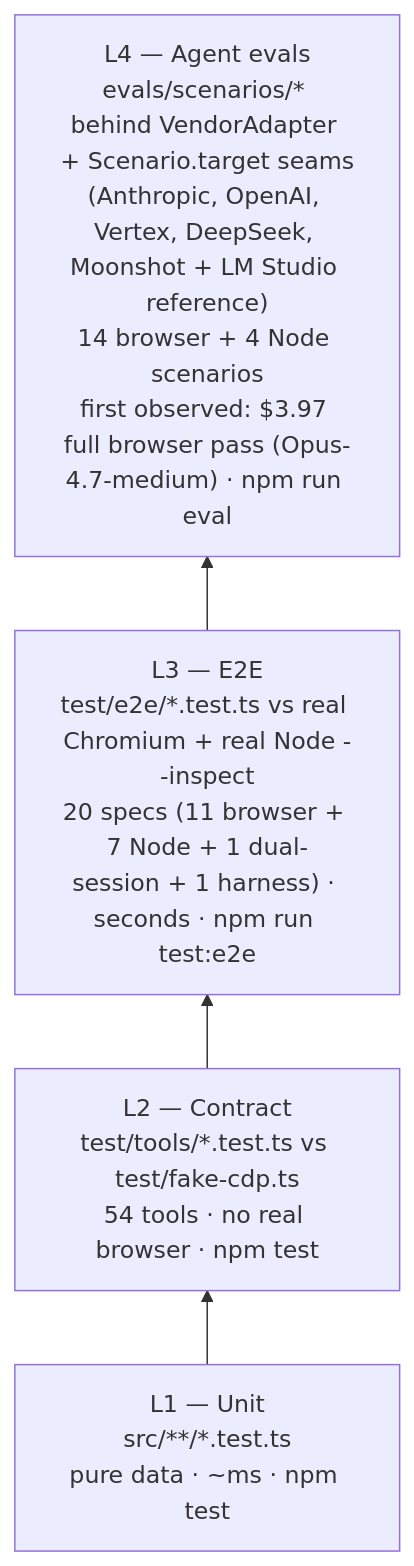
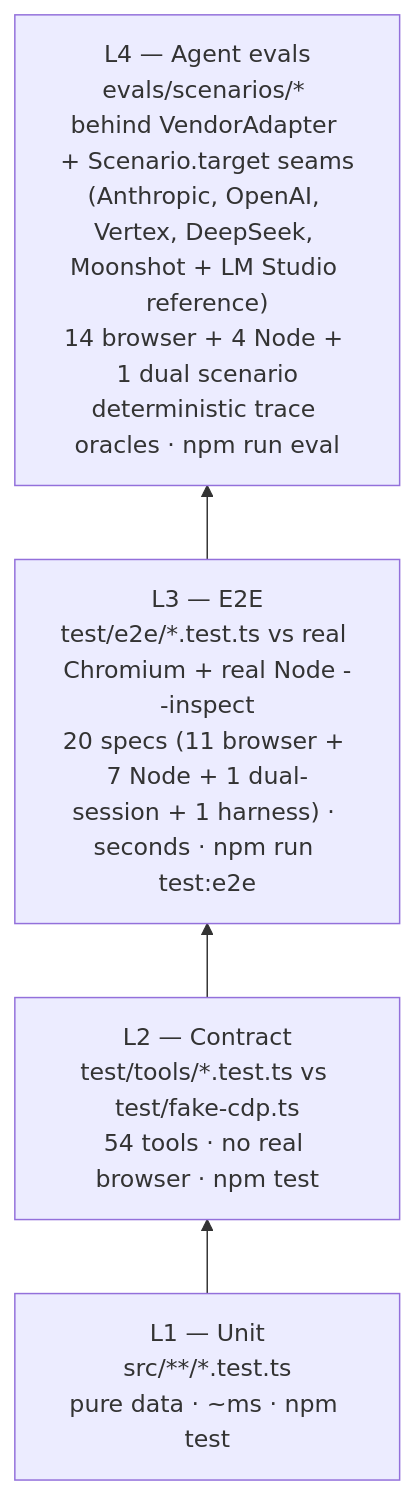
The sixth of 6 diagrams in docs/ARCHITECTURE.md (lcjanke2020/lynceus), drawn with Mermaid before and after one commit. The commit also changed other lines of this file and 20 other files, not shown here.

````diff
--- a/docs/ARCHITECTURE.md
+++ b/docs/ARCHITECTURE.md
@@ -169,8 +201,8 @@
 ```mermaid
 flowchart BT
     L1["L1 — Unit<br/>src/**/*.test.ts<br/>pure data · ~ms · npm test"]
     L2["L2 — Contract<br/>test/tools/*.test.ts vs test/fake-cdp.ts<br/>54 tools · no real browser · npm test"]
     L3["L3 — E2E<br/>test/e2e/*.test.ts vs real Chromium + real Node --inspect<br/>20 specs (11 browser + 7 Node + 1 dual-session + 1 harness) · seconds · npm run test:e2e"]
-    L4["L4 — Agent evals<br/>evals/scenarios/* behind VendorAdapter + Scenario.target seams<br/>(Anthropic, OpenAI, Vertex, DeepSeek, Moonshot + LM Studio reference)<br/>14 browser + 4 Node scenarios<br/>first observed: $3.97 full browser pass (Opus-4.7-medium) · npm run eval"]
+    L4["L4 — Agent evals<br/>evals/scenarios/* behind VendorAdapter + Scenario.target seams<br/>(Anthropic, OpenAI, Vertex, DeepSeek, Moonshot + LM Studio reference)<br/>14 browser + 4 Node + 1 dual scenario<br/>deterministic trace oracles · npm run eval"]
     L1 --> L2 --> L3 --> L4
 ```
````
